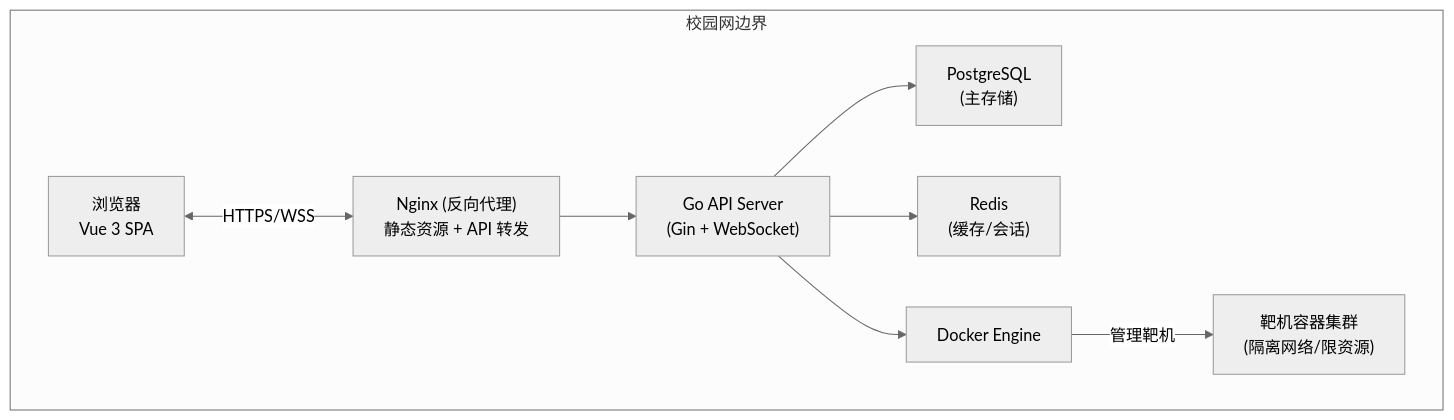
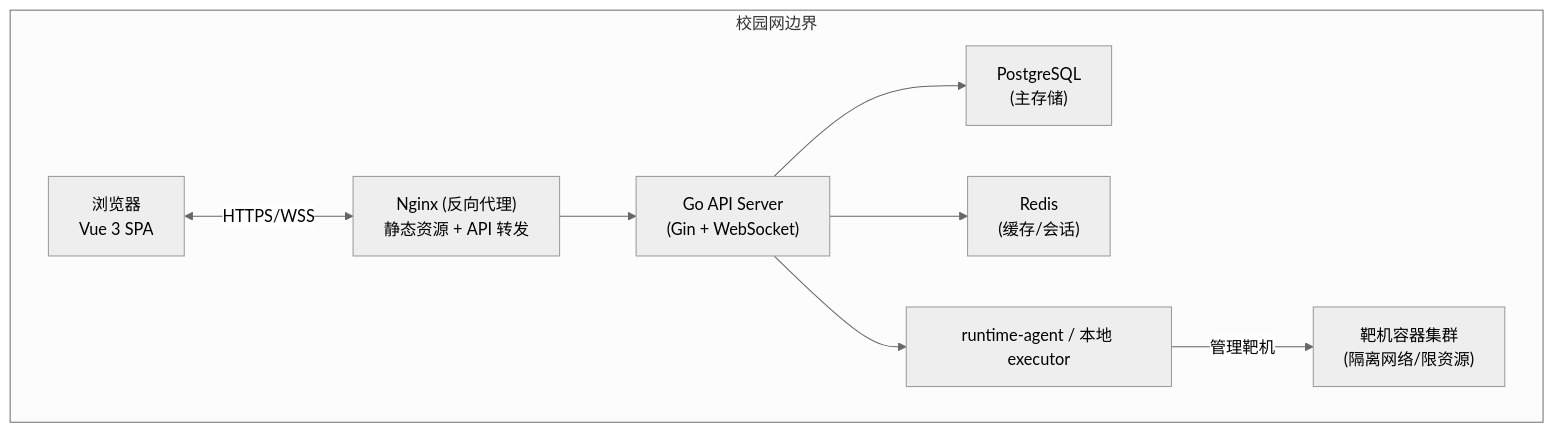
The first of 8 diagrams in docs/architecture/backend/01-system-architecture.md (architectcgz/ctf), drawn with Mermaid (neutral theme) before and after one commit. The commit also changed other lines of this file and 76 other files, not shown here.

First line of the commit message:
feat(runtime): 拆分 API 控制面与 runtime-agent 执行面

````diff
--- a/docs/architecture/backend/01-system-architecture.md
+++ b/docs/architecture/backend/01-system-architecture.md
@@ -31,19 +31,19 @@
 ```mermaid
 flowchart TD
     subgraph 校园网边界
         Browser["浏览器\nVue 3 SPA"]
         Nginx["Nginx (反向代理)\n静态资源 + API 转发"]
         API["Go API Server\n(Gin + WebSocket)"]
         PG["PostgreSQL\n(主存储)"]
         Redis["Redis\n(缓存/会话)"]
-        Docker["Docker Engine"]
+        Runtime["runtime-agent / 本地 executor"]
         Containers["靶机容器集群\n(隔离网络/限资源)"]
 
         Browser <-->|"HTTPS/WSS"| Nginx
         Nginx --> API
         API --> PG
         API --> Redis
-        API --> Docker
-        Docker -->|"管理靶机"| Containers
+        API --> Runtime
+        Runtime -->|"管理靶机"| Containers
     end
 ```
````
